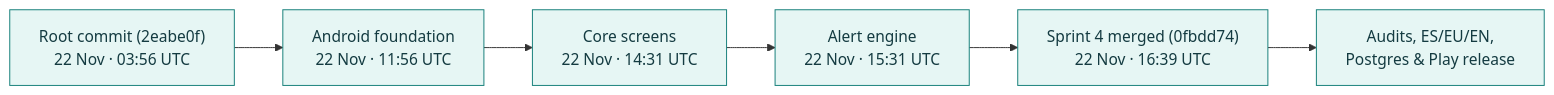
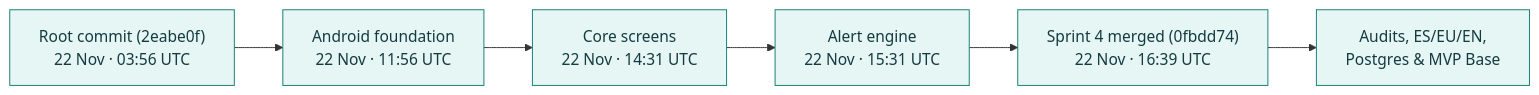
One commit to IkerGoni/bus-dbus changed the first of 3 diagrams in README.md. Above: the diagram before and after it, drawn with Mermaid. The commit also changed other lines of this file and 3 other files, not shown here.

````diff
--- a/README.md
+++ b/README.md
@@ -83,10 +98,10 @@
 ```mermaid
 flowchart LR
     A["Root commit (2eabe0f)<br/>22 Nov · 03:56 UTC"] --> B["Android foundation<br/>22 Nov · 11:56 UTC"]
     B --> C["Core screens<br/>22 Nov · 14:31 UTC"]
     C --> D["Alert engine<br/>22 Nov · 15:31 UTC"]
     D --> E["Sprint 4 merged (0fbdd74)<br/>22 Nov · 16:39 UTC"]
-    E --> F["Audits, ES/EU/EN,<br/>Postgres & Play release"]
+    E --> F["Audits, ES/EU/EN,<br/>Postgres & MVP Base"]
     classDef milestone fill:#e6f6f4,stroke:#147e79,color:#143b41;
     class A,B,C,D,E,F milestone;
 ```
````
